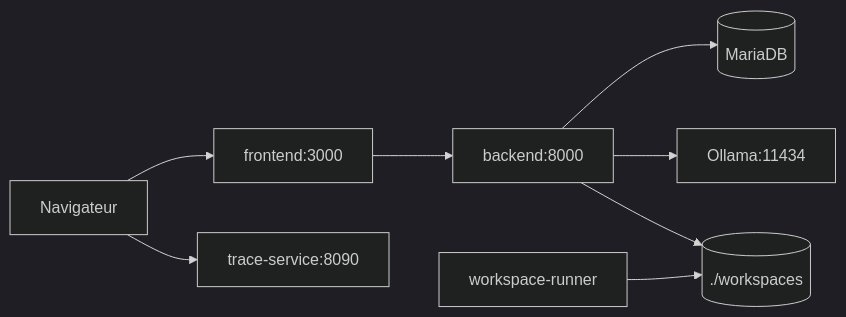
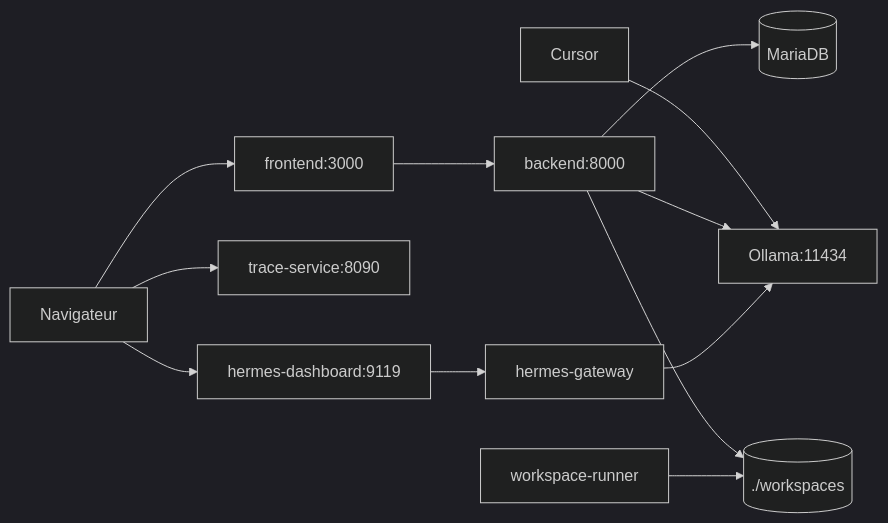
Before and after one commit to AdWav/orchestrateur: the diagram in README.md, drawn with Mermaid (dark theme). The commit also changed other lines of this file and 67 other files, not shown here.

````diff
--- a/README.md
+++ b/README.md
@@ -46,10 +51,14 @@
 ```mermaid
 flowchart LR
     browser[Navigateur] --> frontend[frontend:3000]
     browser --> trace[trace-service:8090]
+    browser --> hermesDash[hermes-dashboard:9119]
+    cursor[Cursor] --> ollama[Ollama:11434]
     frontend --> backend[backend:8000]
     backend --> db[(MariaDB)]
-    backend --> ollama[Ollama:11434]
+    backend --> ollama
+    hermesGw[hermes-gateway] --> ollama
+    hermesDash --> hermesGw
     backend --> ws[(./workspaces)]
     runner[workspace-runner] --> ws
 ```
````
